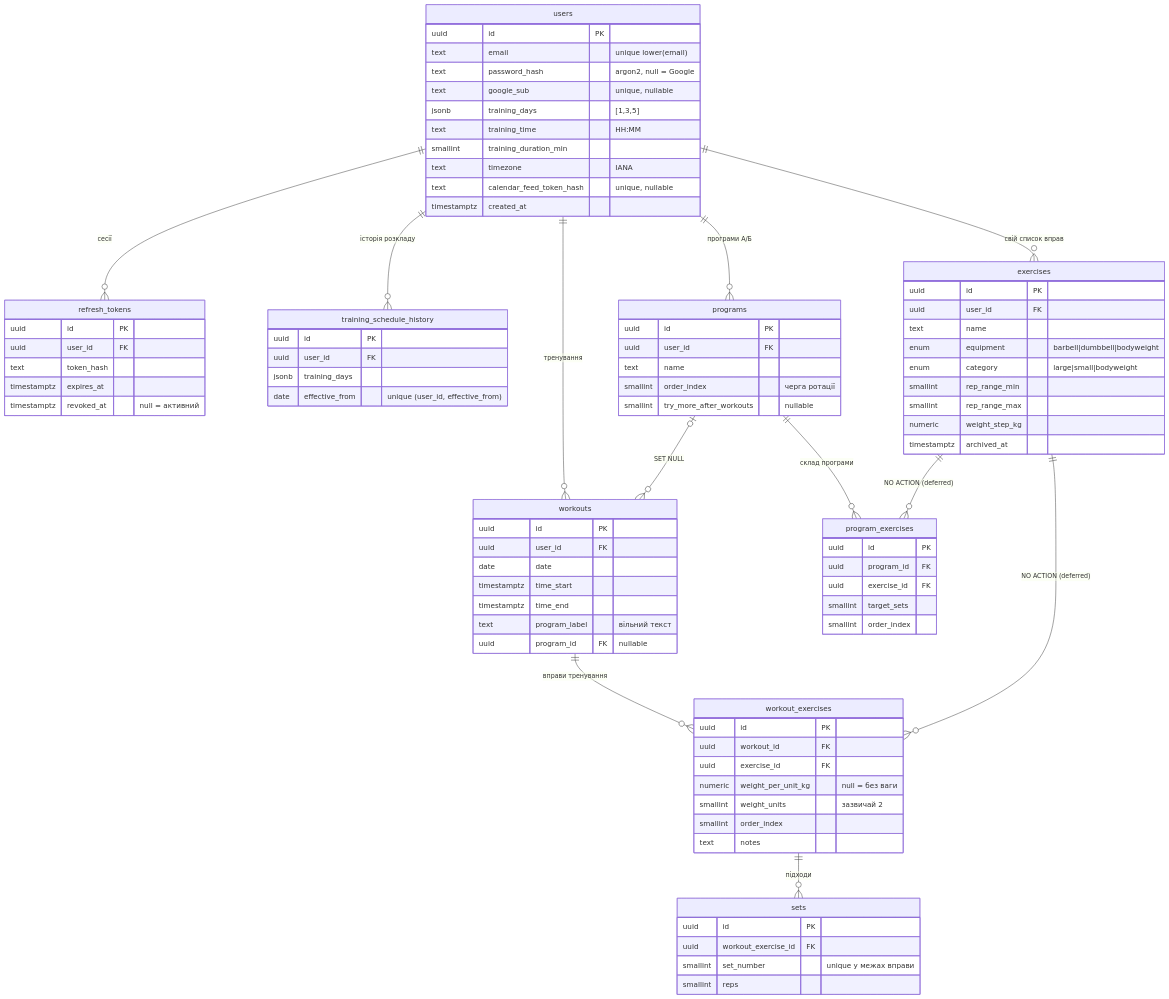
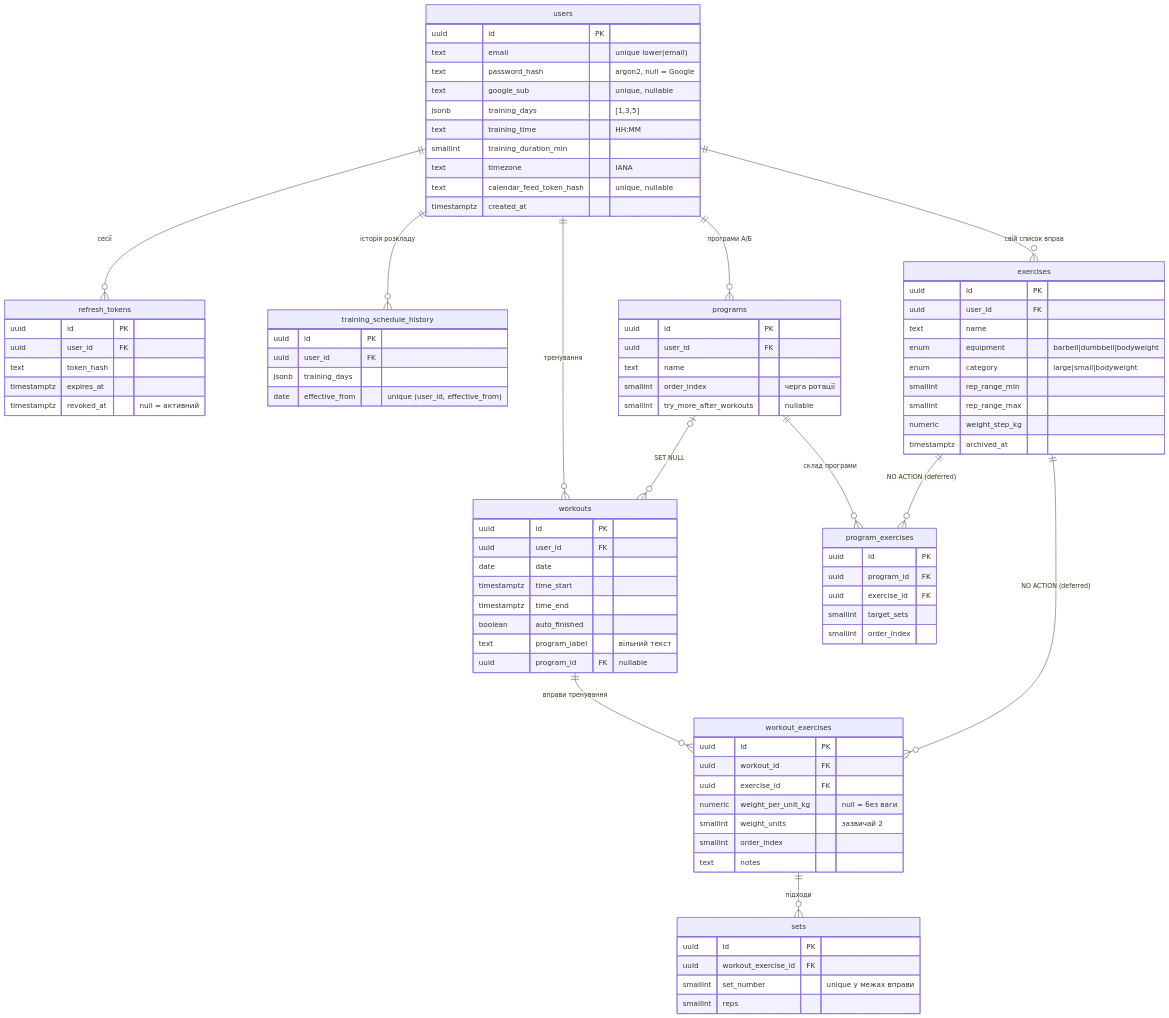
The diagram in docs/db/ARCHITECTURE.md (SergioBurlaka/MyGym), drawn with Mermaid before and after one commit. The commit also changed other lines of this file and 2 other files, not shown here.

First line of the commit message:
docs: document workout auto-finish

```diff
--- a/docs/db/ARCHITECTURE.md
+++ b/docs/db/ARCHITECTURE.md
@@ -79,6 +79,7 @@
         date date
         timestamptz time_start
         timestamptz time_end
+        boolean auto_finished
         text program_label "вільний текст"
         uuid program_id FK "nullable"
     }
```
